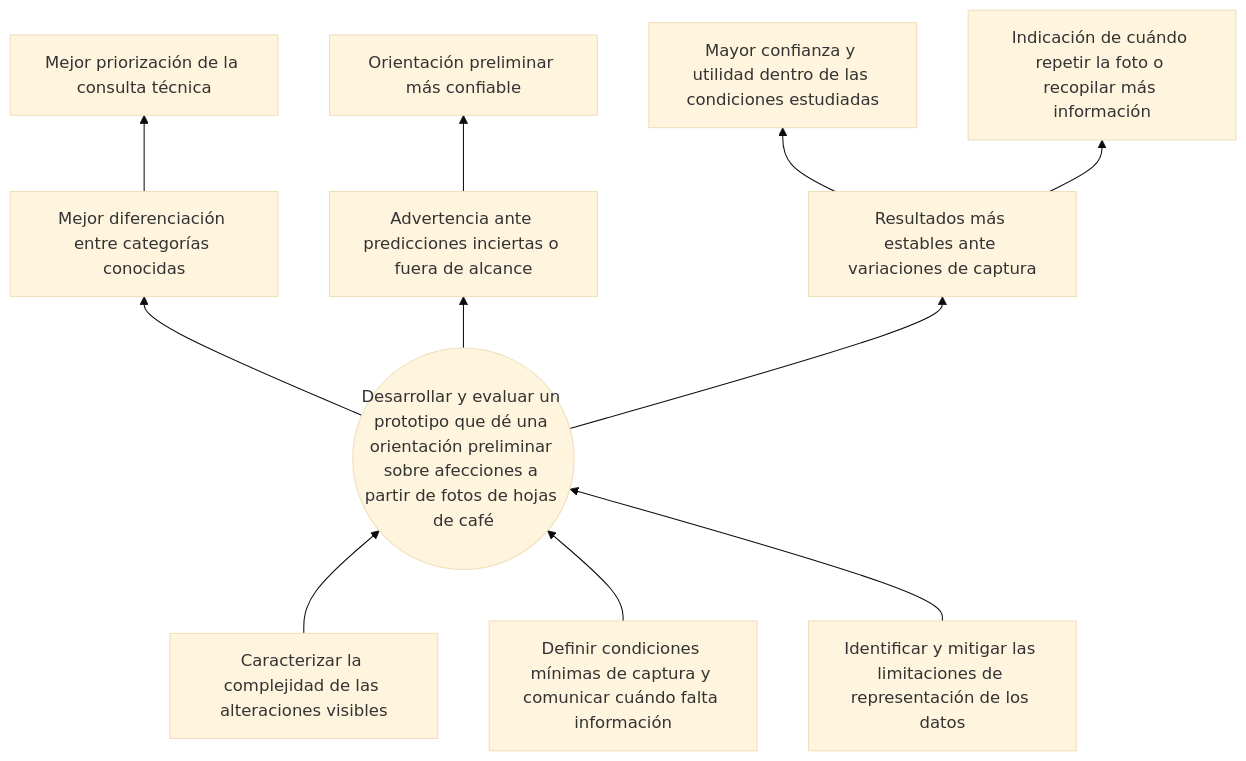
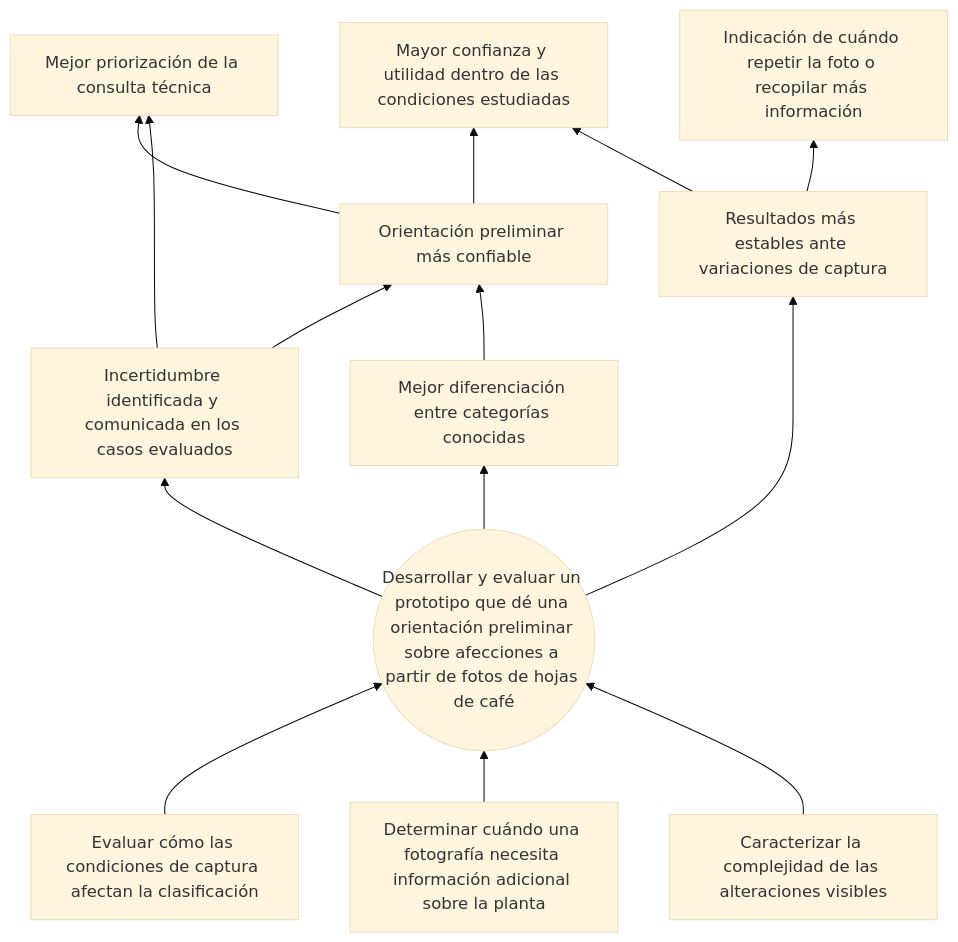
One commit to giovannyjb/diagnostico-hojas-cafe changed the second of 2 diagrams in docs/01-arbol-de-problemas.md. Above: the diagram before and after it, drawn with Mermaid (base theme). The commit also changed other lines of this file and 4 other files, not shown here.

````diff
--- a/docs/01-arbol-de-problemas.md
+++ b/docs/01-arbol-de-problemas.md
@@ -83,13 +90,16 @@
 ```mermaid
 flowchart BT
     M1[Caracterizar la complejidad de las alteraciones visibles] --> O((Desarrollar y evaluar un prototipo que dé una orientación preliminar sobre afecciones a partir de fotos de hojas de café))
-    M2[Definir condiciones mínimas de captura y comunicar cuándo falta información] --> O
-    M3[Identificar y mitigar las limitaciones de representación de los datos] --> O
+    M2[Determinar cuándo una fotografía necesita información adicional sobre la planta] --> O
+    M3[Evaluar cómo las condiciones de captura afectan la clasificación] --> O
     O --> R1[Mejor diferenciación entre categorías conocidas]
-    O --> R2[Advertencia ante predicciones inciertas o fuera de alcance]
+    O --> R2[Incertidumbre identificada y comunicada en los casos evaluados]
     O --> R3[Resultados más estables ante variaciones de captura]
-    R1 --> I1[Mejor priorización de la consulta técnica]
-    R2 --> I2[Orientación preliminar más confiable]
-    R3 --> I3[Mayor confianza y utilidad dentro de las condiciones estudiadas]
-    R3 --> I4[Indicación de cuándo repetir la foto o recopilar más información]
+    R1 --> I1[Orientación preliminar más confiable]
+    R2 --> I1
+    R2 --> I3[Mejor priorización de la consulta técnica]
+    R3 --> I2[Indicación de cuándo repetir la foto o recopilar más información]
+    R3 --> I4[Mayor confianza y utilidad dentro de las condiciones estudiadas]
+    I1 --> I3
+    I1 --> I4
 ```
````
